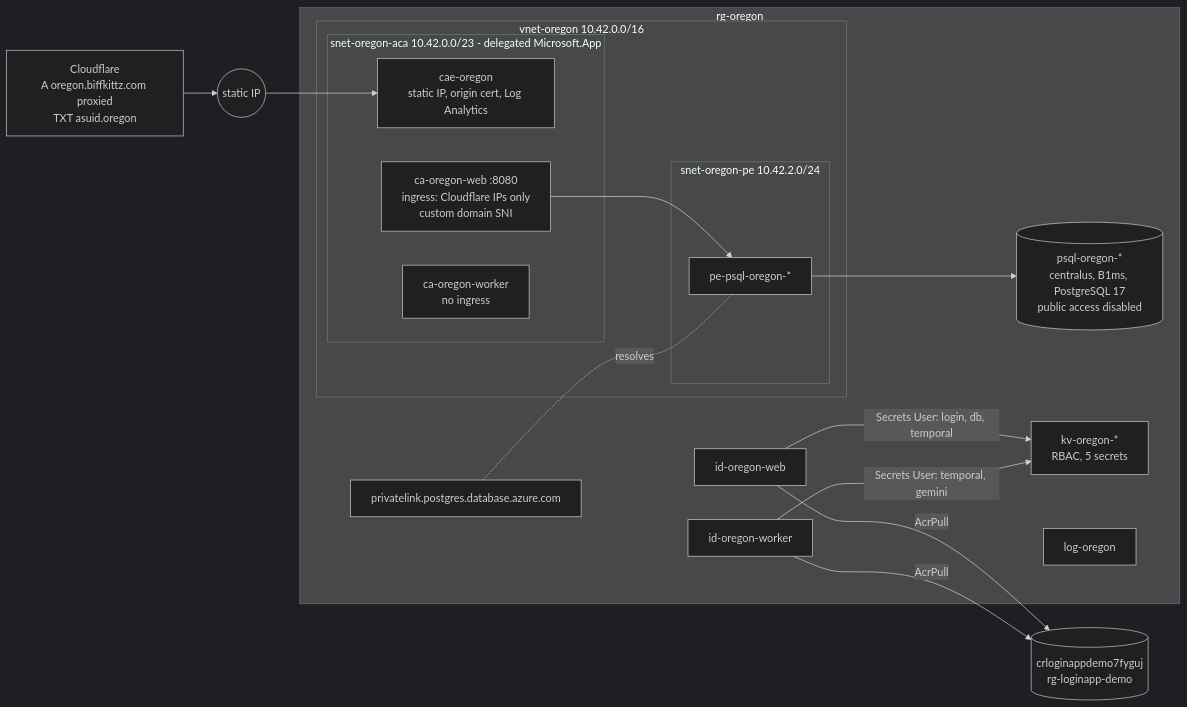
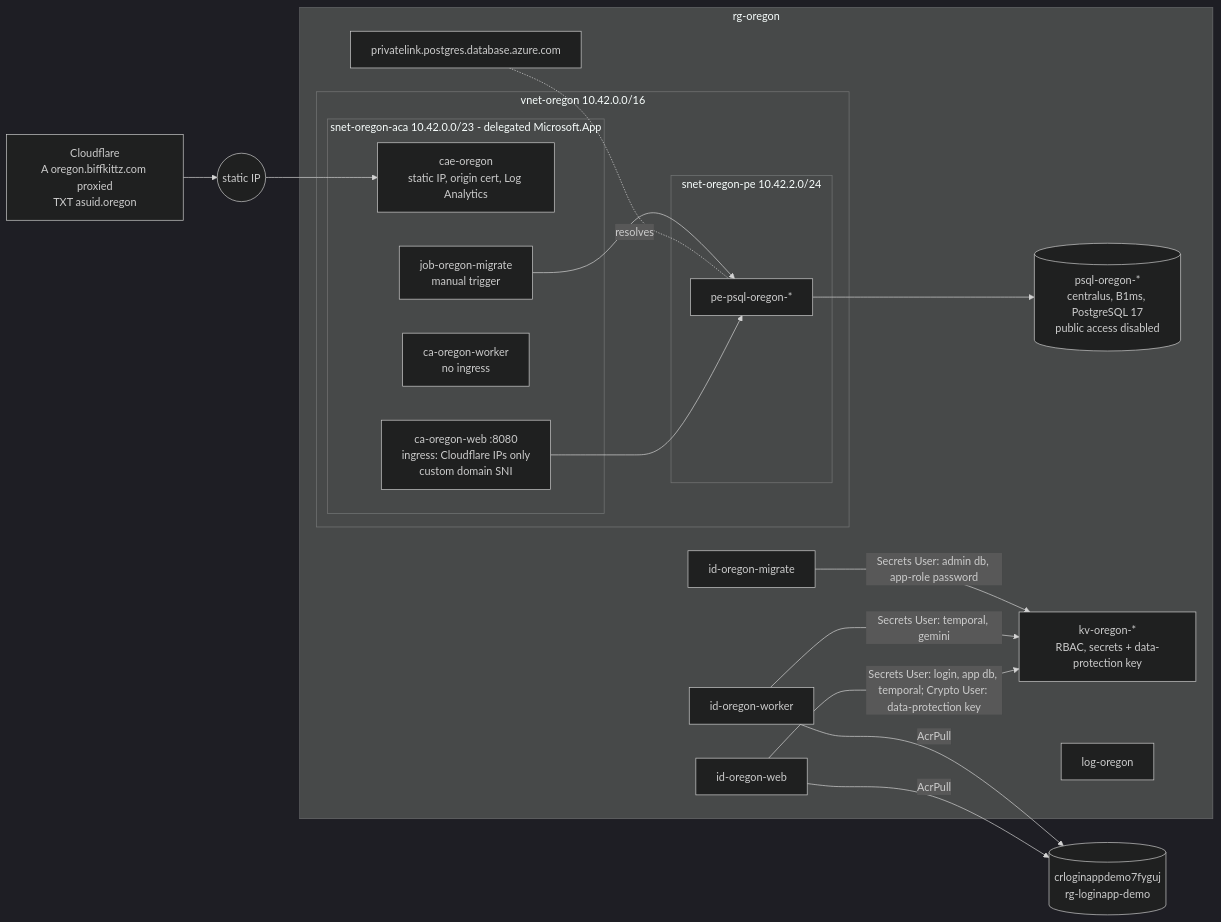
The diagram in infra/README.md (biffkittz/operation-oregon-trail), drawn with Mermaid (dark theme) before and after one commit. The commit also changed other lines of this file and 37 other files, not shown here.

````diff
--- a/infra/README.md
+++ b/infra/README.md
@@ -7,30 +7,34 @@
 ```mermaid
 flowchart LR
   CF[Cloudflare<br/>A oregon.biffkittz.com proxied<br/>TXT asuid.oregon] --> IP
   subgraph RG[rg-oregon]
     subgraph VNET[vnet-oregon 10.42.0.0/16]
       subgraph SACA[snet-oregon-aca 10.42.0.0/23 - delegated Microsoft.App]
         ENV[cae-oregon<br/>static IP, origin cert, Log Analytics]
         WEB[ca-oregon-web :8080<br/>ingress: Cloudflare IPs only<br/>custom domain SNI]
         WRK[ca-oregon-worker<br/>no ingress]
+        JOB[job-oregon-migrate<br/>manual trigger]
       end
       subgraph SPE[snet-oregon-pe 10.42.2.0/24]
         PE[pe-psql-oregon-*]
       end
     end
     PG[(psql-oregon-*<br/>centralus, B1ms, PostgreSQL 17<br/>public access disabled)]
-    KV[kv-oregon-*<br/>RBAC, 5 secrets]
+    KV[kv-oregon-*<br/>RBAC, secrets + data-protection key]
     LAW[log-oregon]
     IDW[id-oregon-web]
     IDK[id-oregon-worker]
+    IDM[id-oregon-migrate]
     DNSZ[privatelink.postgres.database.azure.com]
   end
   ACR[(crloginappdemo7fyguj<br/>rg-loginapp-demo)]
   IP((static IP)) --> ENV
   WEB --> PE --> PG
   DNSZ -. resolves .- PE
   IDW -- AcrPull --> ACR
   IDK -- AcrPull --> ACR
-  IDW -- Secrets User: login, db, temporal --> KV
+  IDW -- Secrets User: login, app db, temporal; Crypto User: data-protection key --> KV
   IDK -- Secrets User: temporal, gemini --> KV
+  IDM -- Secrets User: admin db, app-role password --> KV
+  JOB --> PE
 ```
````
